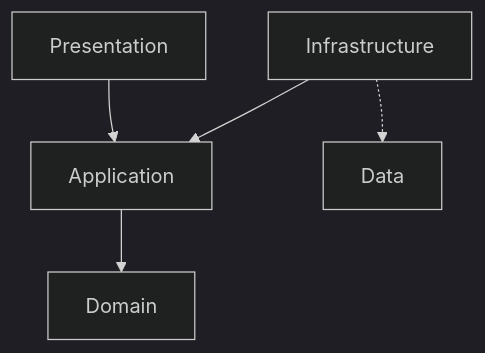
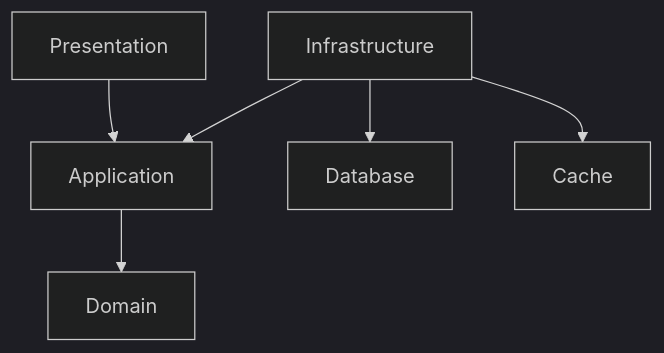
Before and after one commit to marc-santos/clearpoint-todo: the second of 2 diagrams in Solution.README.md, drawn with Mermaid (dark theme). The commit also changed 2 other files, not shown here.

Commit message:
Add operation, methods, reposnses to api spec Gneerate controller code

````diff
--- a/Solution.README.md
+++ b/Solution.README.md
@@ -63,13 +63,15 @@
 ```mermaid
 graph TD
 A[Presentation]
 B[Infrastructure]
 C[Application]
 D[Domain]
-E[Data]
+E[Database]
+F[Cache]
 
 A --> C
 B --> C
 C --> D
-B -.-> E
+B --> E
+B --> F
 ```
````
